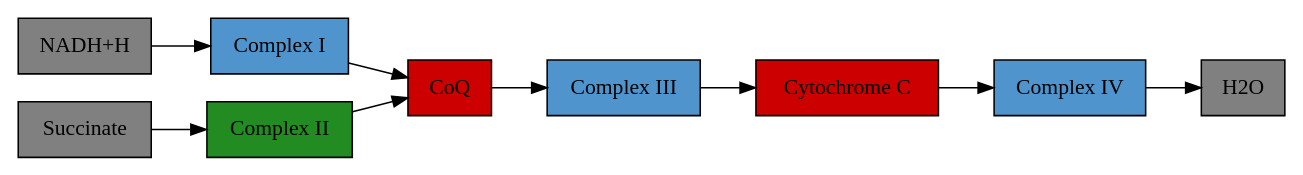
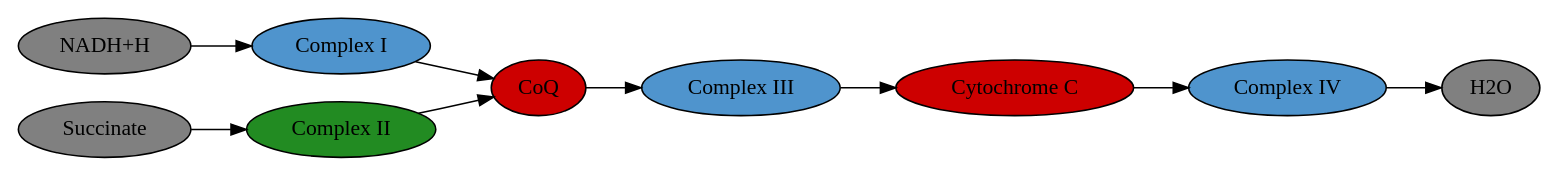
Before and after one commit to hendersonmpa/metabolics-rounds: the first of 2 diagrams in etc/etc.org, drawn with Graphviz. The commit also changed other lines of this file and 1 other file, not shown here.

```diff
--- a/etc/etc.org
+++ b/etc/etc.org
@@ -85,26 +81,26 @@
 #+BEGIN_SRC dot :file ./figures/etc.pdf :cmdline -Kdot -Tpdf
   digraph {
            // graph from left to right
            rankdir=LR;
            splines=true;
-           node [shape=box];
+           node [shape=oval];
            nadh [label="NADH+H", fillcolor=grey, style=filled]
            c1 [label="Complex I", fillcolor=steelblue3, style=filled]
            q [label="CoQ", fillcolor=red3, style=filled]    
            c3 [label="Complex III", fillcolor=steelblue3, style=filled]     
            cytc [label="Cytochrome C", fillcolor=red3, style=filled]     
            c4 [label="Complex IV", fillcolor=steelblue3, style=filled]     
            h2o [label="H2O", fillcolor=grey, style=filled]     
            c2 [label="Complex II", fillcolor=forestgreen, style=filled]     
            s [label="Succinate", fillcolor=grey, style=filled]     
            nadh -> c1
            c1 -> q 
            q -> c3 
            c3 -> cytc 	 
            cytc -> c4
            c4 -> h2o
            c2 -> q
            s -> c2
 
            }    
 #+END_SRC
```
